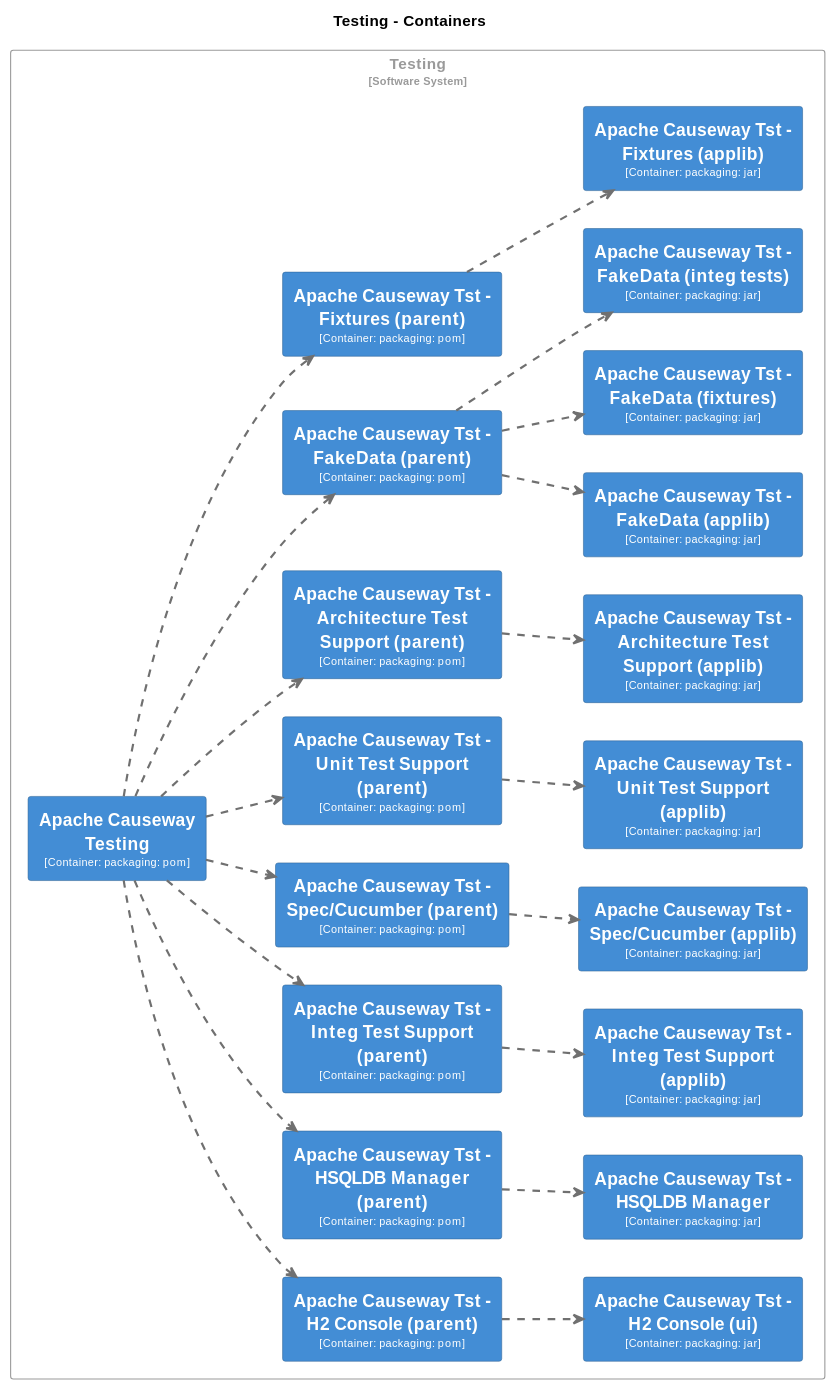
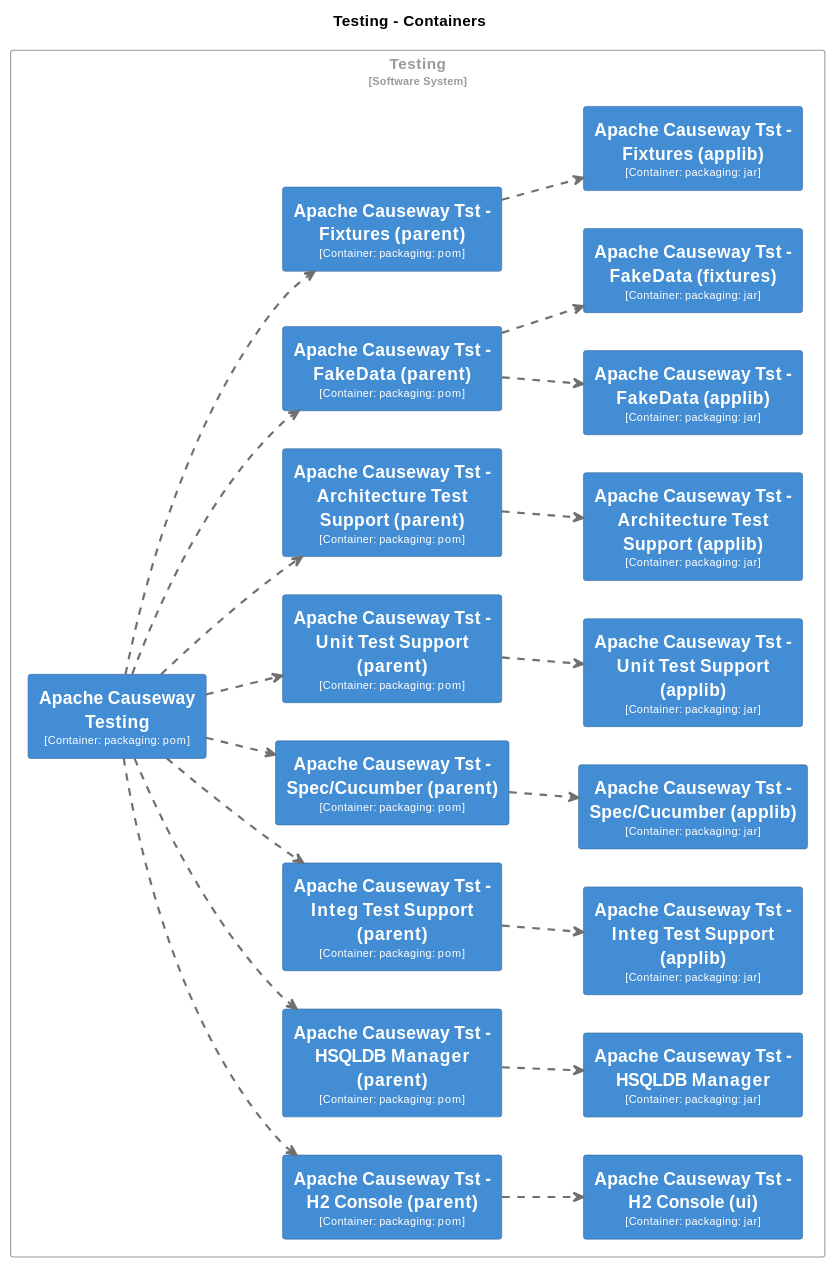
The third of 31 diagrams in core/adoc/modules/_overview/pages/about.adoc (apache/causeway), drawn with PlantUML before and after one commit. The commit also changed other lines of this file and 186 other files, not shown here.

```diff
--- a/core/adoc/modules/_overview/pages/about.adoc
+++ b/core/adoc/modules/_overview/pages/about.adoc
@@ -190,12 +191,6 @@
   shadowing false
 }
 skinparam rectangle<<Testing.ApacheCausewayTstFakeDatafixtures>> {
-  BackgroundColor #438dd5
-  FontColor #fffffe
-  BorderColor #2e6295
-  shadowing false
-}
-skinparam rectangle<<Testing.ApacheCausewayTstFakeDataintegtests>> {
   BackgroundColor #438dd5
   FontColor #fffffe
   BorderColor #2e6295
@@ -286,7 +281,6 @@
 }
 
 rectangle "Testing\n<size:10>[Software System]</size>" <<Testing>> {
-  rectangle "==Apache Causeway Tst - Fixtures (applib)\n<size:10>[Container: packaging: jar]</size>" <<Testing.ApacheCausewayTstFixturesapplib>> as Testing.ApacheCausewayTstFixturesapplib
   rectangle "==Apache Causeway Tst - H2 Console (parent)\n<size:10>[Container: packaging: pom]</size>" <<Testing.ApacheCausewayTstH2Consoleparent>> as Testing.ApacheCausewayTstH2Consoleparent
   rectangle "==Apache Causeway Tst - H2 Console (ui)\n<size:10>[Container: packaging: jar]</size>" <<Testing.ApacheCausewayTstH2Consoleui>> as Testing.ApacheCausewayTstH2Consoleui
   rectangle "==Apache Causeway Tst - HSQLDB Manager (parent)\n<size:10>[Container: packaging: pom]</size>" <<Testing.ApacheCausewayTstHSQLDBManagerparent>> as Testing.ApacheCausewayTstHSQLDBManagerparent
@@ -296,15 +290,15 @@
   rectangle "==Apache Causeway Tst - Spec/Cucumber (parent)\n<size:10>[Container: packaging: pom]</size>" <<Testing.ApacheCausewayTstSpecCucumberparent>> as Testing.ApacheCausewayTstSpecCucumberparent
   rectangle "==Apache Causeway Tst - Spec/Cucumber (applib)\n<size:10>[Container: packaging: jar]</size>" <<Testing.ApacheCausewayTstSpecCucumberapplib>> as Testing.ApacheCausewayTstSpecCucumberapplib
   rectangle "==Apache Causeway Tst - Unit Test Support (parent)\n<size:10>[Container: packaging: pom]</size>" <<Testing.ApacheCausewayTstUnitTestSupportparent>> as Testing.ApacheCausewayTstUnitTestSupportparent
+  rectangle "==Apache Causeway Tst - Unit Test Support (applib)\n<size:10>[Container: packaging: jar]</size>" <<Testing.ApacheCausewayTstUnitTestSupportapplib>> as Testing.ApacheCausewayTstUnitTestSupportapplib
   rectangle "==Apache Causeway Testing\n<size:10>[Container: packaging: pom]</size>" <<Testing.ApacheCausewayTesting>> as Testing.ApacheCausewayTesting
-  rectangle "==Apache Causeway Tst - Unit Test Support (applib)\n<size:10>[Container: packaging: jar]</size>" <<Testing.ApacheCausewayTstUnitTestSupportapplib>> as Testing.ApacheCausewayTstUnitTestSupportapplib
   rectangle "==Apache Causeway Tst - Architecture Test Support (parent)\n<size:10>[Container: packaging: pom]</size>" <<Testing.ApacheCausewayTstArchitectureTestSupportparent>> as Testing.ApacheCausewayTstArchitectureTestSupportparent
   rectangle "==Apache Causeway Tst - Architecture Test Support (applib)\n<size:10>[Container: packaging: jar]</size>" <<Testing.ApacheCausewayTstArchitectureTestSupportapplib>> as Testing.ApacheCausewayTstArchitectureTestSupportapplib
   rectangle "==Apache Causeway Tst - FakeData (parent)\n<size:10>[Container: packaging: pom]</size>" <<Testing.ApacheCausewayTstFakeDataparent>> as Testing.ApacheCausewayTstFakeDataparent
   rectangle "==Apache Causeway Tst - FakeData (applib)\n<size:10>[Container: packaging: jar]</size>" <<Testing.ApacheCausewayTstFakeDataapplib>> as Testing.ApacheCausewayTstFakeDataapplib
   rectangle "==Apache Causeway Tst - FakeData (fixtures)\n<size:10>[Container: packaging: jar]</size>" <<Testing.ApacheCausewayTstFakeDatafixtures>> as Testing.ApacheCausewayTstFakeDatafixtures
-  rectangle "==Apache Causeway Tst - FakeData (integ tests)\n<size:10>[Container: packaging: jar]</size>" <<Testing.ApacheCausewayTstFakeDataintegtests>> as Testing.ApacheCausewayTstFakeDataintegtests
   rectangle "==Apache Causeway Tst - Fixtures (parent)\n<size:10>[Container: packaging: pom]</size>" <<Testing.ApacheCausewayTstFixturesparent>> as Testing.ApacheCausewayTstFixturesparent
+  rectangle "==Apache Causeway Tst - Fixtures (applib)\n<size:10>[Container: packaging: jar]</size>" <<Testing.ApacheCausewayTstFixturesapplib>> as Testing.ApacheCausewayTstFixturesapplib
 }
 
 Testing.ApacheCausewayTesting .[#707070,thickness=2].> Testing.ApacheCausewayTstArchitectureTestSupportparent : "<color:#707070>"
@@ -318,7 +312,6 @@
 Testing.ApacheCausewayTstArchitectureTestSupportparent .[#707070,thickness=2].> Testing.ApacheCausewayTstArchitectureTestSupportapplib : "<color:#707070>"
 Testing.ApacheCausewayTstFakeDataparent .[#707070,thickness=2].> Testing.ApacheCausewayTstFakeDataapplib : "<color:#707070>"
 Testing.ApacheCausewayTstFakeDataparent .[#707070,thickness=2].> Testing.ApacheCausewayTstFakeDatafixtures : "<color:#707070>"
-Testing.ApacheCausewayTstFakeDataparent .[#707070,thickness=2].> Testing.ApacheCausewayTstFakeDataintegtests : "<color:#707070>"
 Testing.ApacheCausewayTstFixturesparent .[#707070,thickness=2].> Testing.ApacheCausewayTstFixturesapplib : "<color:#707070>"
 Testing.ApacheCausewayTstH2Consoleparent .[#707070,thickness=2].> Testing.ApacheCausewayTstH2Consoleui : "<color:#707070>"
 Testing.ApacheCausewayTstHSQLDBManagerparent .[#707070,thickness=2].> Testing.ApacheCausewayTstHSQLDBManager : "<color:#707070>"
```
